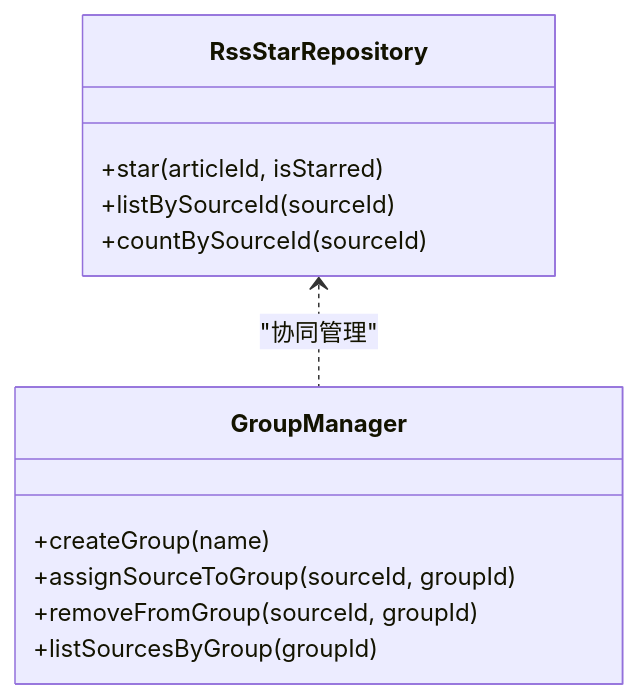
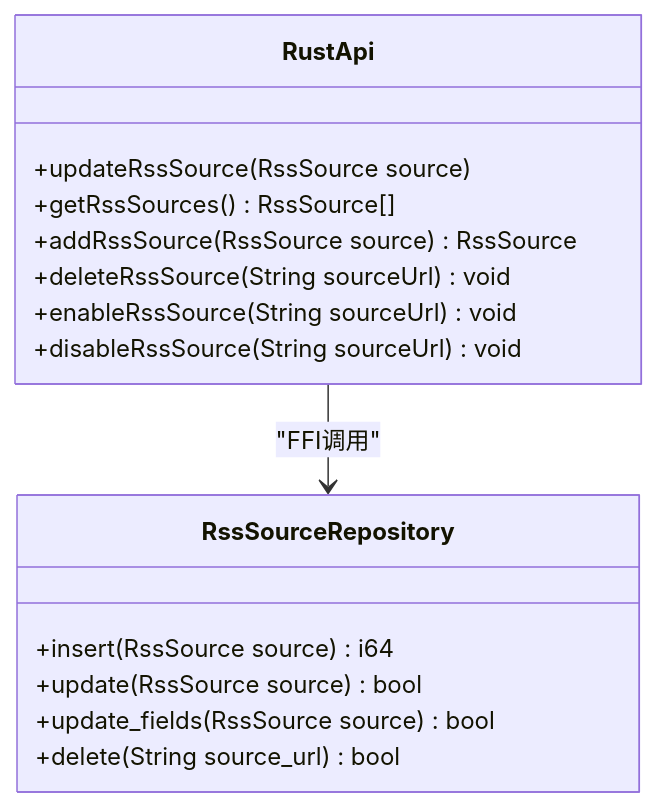
Before and after one commit to ZhangGHGitHub/LegadoTeamFlutter: the fourth of 8 diagrams in .qoder/repowiki/zh/content/RSS订阅系统/RSS源管理.md, drawn with Mermaid. The commit also changed other lines of this file and 173 other files, not shown here.

````diff
--- a/.qoder/repowiki/zh/content/RSS订阅系统/RSS源管理.md
+++ b/.qoder/repowiki/zh/content/RSS订阅系统/RSS源管理.md
@@ -410,15 +180,18 @@
 ```mermaid
 classDiagram
-class RssStarRepository {
-+star(articleId, isStarred)
-+listBySourceId(sourceId)
-+countBySourceId(sourceId)
+class RustApi {
++updateRssSource(RssSource source)
++getRssSources() RssSource[]
++addRssSource(RssSource source) RssSource
++deleteRssSource(String sourceUrl) void
++enableRssSource(String sourceUrl) void
++disableRssSource(String sourceUrl) void
 }
-class GroupManager {
-+createGroup(name)
-+assignSourceToGroup(sourceId, groupId)
-+removeFromGroup(sourceId, groupId)
-+listSourcesByGroup(groupId)
+class RssSourceRepository {
++insert(RssSource source) i64
++update(RssSource source) bool
++update_fields(RssSource source) bool
++delete(String source_url) bool
 }
-RssStarRepository <.. GroupManager : "协同管理"
+RustApi --> RssSourceRepository : "FFI调用"
 ```
````
